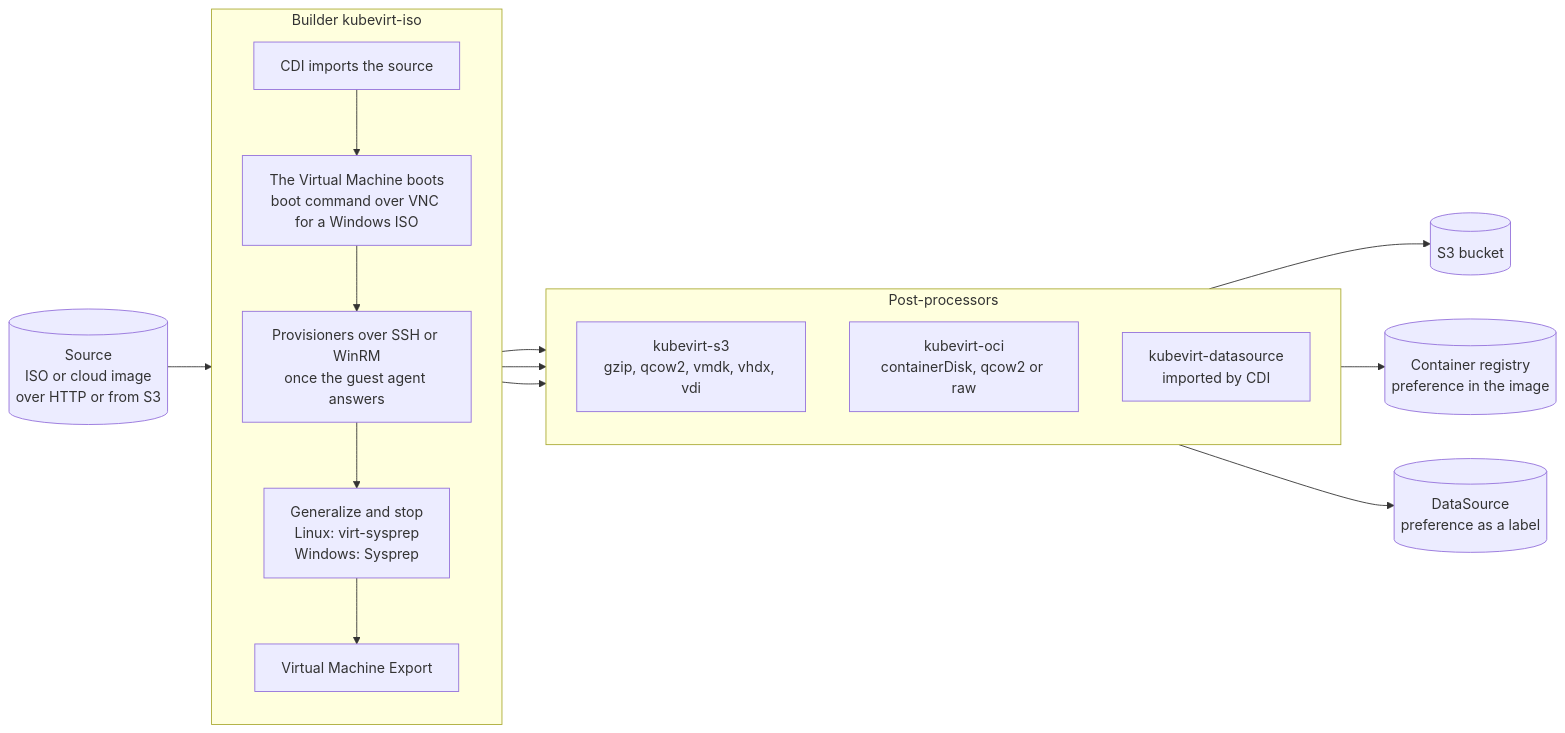
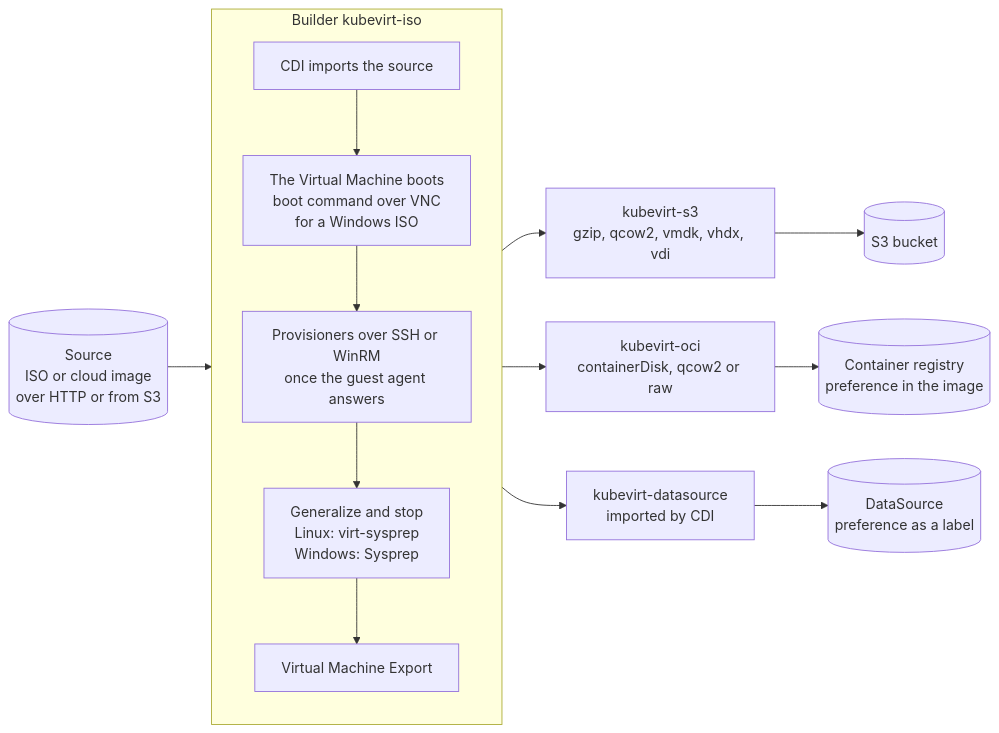
The diagram in README.md (pelotech/packer-plugin-kubevirt), drawn with Mermaid before and after one commit.

Commit message:
docs: keep the steps of the builder in one column
Mermaid ignores the direction of a subgraph whose nodes link outside
of it. The links now go to the subgraph itself.

````diff
--- a/README.md
+++ b/README.md
@@ -7,27 +7,24 @@
 ```mermaid
 flowchart LR
     source[("Source<br/>ISO or cloud image<br/>over HTTP or from S3")]
 
     subgraph builder["Builder kubevirt-iso"]
         direction TB
         import["CDI imports the source"]
-        boot["The Virtual Machine boots<br/>boot command over VNC for a Windows ISO"]
+        boot["The Virtual Machine boots<br/>boot command over VNC<br/>for a Windows ISO"]
         provision["Provisioners over SSH or WinRM<br/>once the guest agent answers"]
         generalize["Generalize and stop<br/>Linux: virt-sysprep<br/>Windows: Sysprep"]
         export["Virtual Machine Export"]
         import --> boot --> provision --> generalize --> export
     end
 
-    subgraph postprocessors["Post-processors"]
-        direction TB
-        s3["kubevirt-s3<br/>gzip, qcow2, vmdk, vhdx, vdi"]
-        oci["kubevirt-oci<br/>containerDisk, qcow2 or raw"]
-        datasource["kubevirt-datasource<br/>imported by CDI"]
-    end
+    s3["kubevirt-s3<br/>gzip, qcow2, vmdk, vhdx, vdi"]
+    oci["kubevirt-oci<br/>containerDisk, qcow2 or raw"]
+    datasource["kubevirt-datasource<br/>imported by CDI"]
 
-    source --> import
-    export --> s3 & oci & datasource
+    source --> builder
+    builder --> s3 & oci & datasource
     s3 --> bucket[("S3 bucket")]
     oci --> registry[("Container registry<br/>preference in the image")]
     datasource --> ds[("DataSource<br/>preference as a label")]
 ```
````
